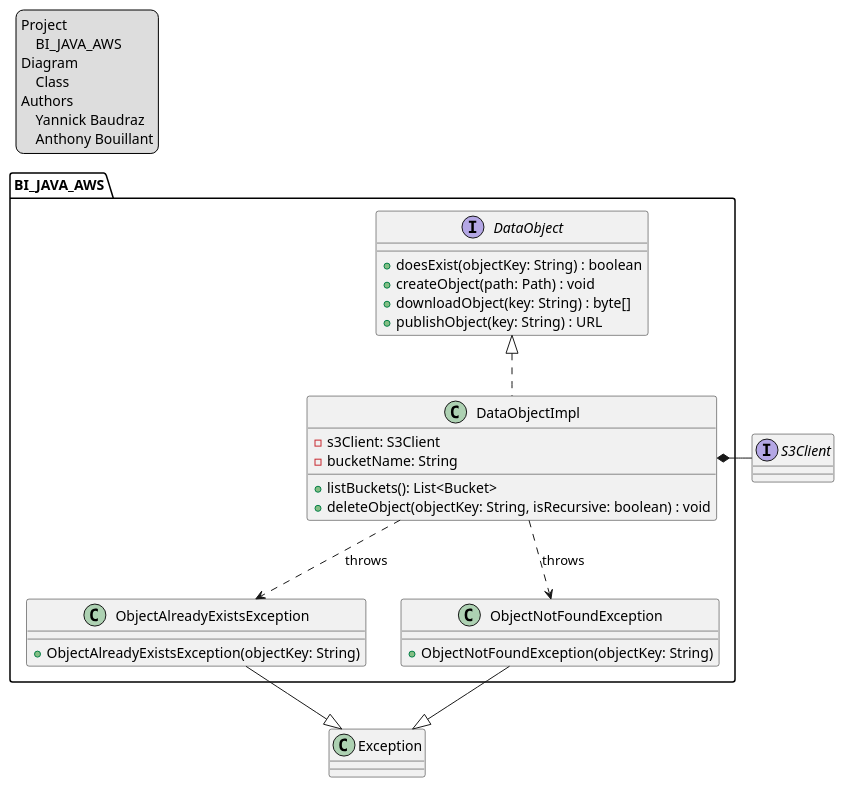
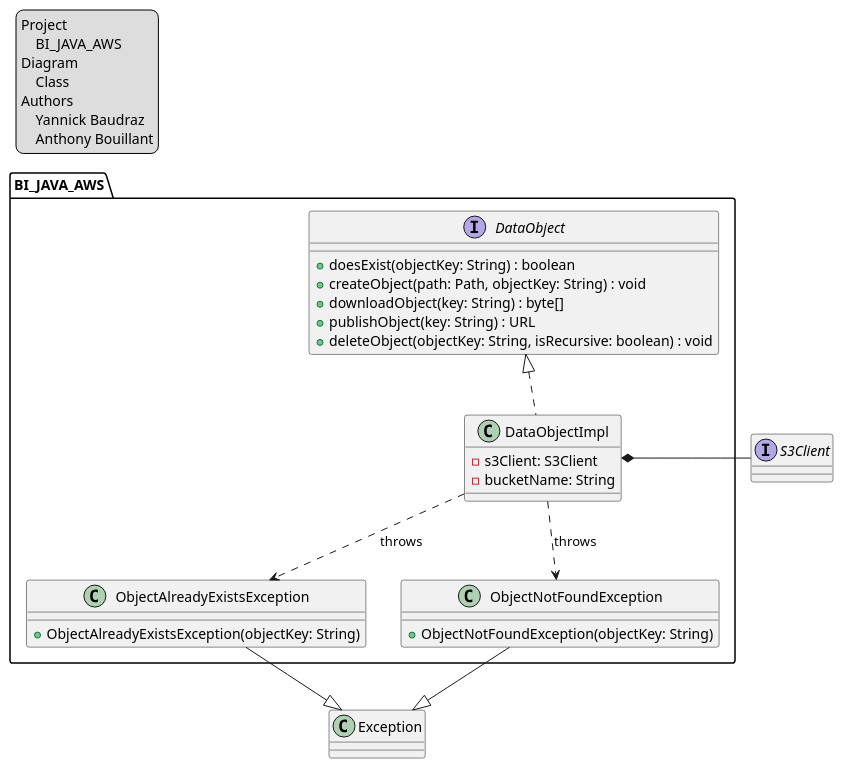
Before and after one commit to CPNV-ES-BI/BI_JAVA_AWS: the diagram in doc/classes/class_diagram.puml, drawn with PlantUML. The commit also changed 1 other file, not shown here.

Commit message:
Move deleteObject method in class diagram
And update crateObject method with objectKey in parameter

```diff
--- a/doc/classes/class_diagram.puml
+++ b/doc/classes/class_diagram.puml
@@ -1,52 +1,51 @@
 @startuml class_diagram
 'https://plantuml.com/class-diagram
 
 legend top left
     Project
         BI_JAVA_AWS
     Diagram
         Class
     Authors
         Yannick Baudraz
         Anthony Bouillant
 endlegend
 
 package BI_JAVA_AWS {
     interface DataObject {
         + doesExist(objectKey: String) : boolean
-        + createObject(path: Path) : void
+        + createObject(path: Path, objectKey: String) : void
         + downloadObject(key: String) : byte[]
         + publishObject(key: String) : URL
+        + deleteObject(objectKey: String, isRecursive: boolean) : void
     }
 
     class DataObjectImpl {
         - s3Client: S3Client
         - bucketName: String
-        + listBuckets(): List<Bucket>
-        + deleteObject(objectKey: String, isRecursive: boolean) : void
     }
 
     class ObjectAlreadyExistsException {
         + ObjectAlreadyExistsException(objectKey: String)
     }
 
     class ObjectNotFoundException {
         + ObjectNotFoundException(objectKey: String)
     }
 }
 
 class Exception
 
 interface S3Client
 
 DataObject <|.. DataObjectImpl
 
 DataObjectImpl ..> ObjectAlreadyExistsException : throws
 DataObjectImpl ..> ObjectNotFoundException : throws
 
 ObjectAlreadyExistsException --|> Exception
 ObjectNotFoundException --|> Exception
 
 DataObjectImpl *- S3Client
 
 @enduml
```
